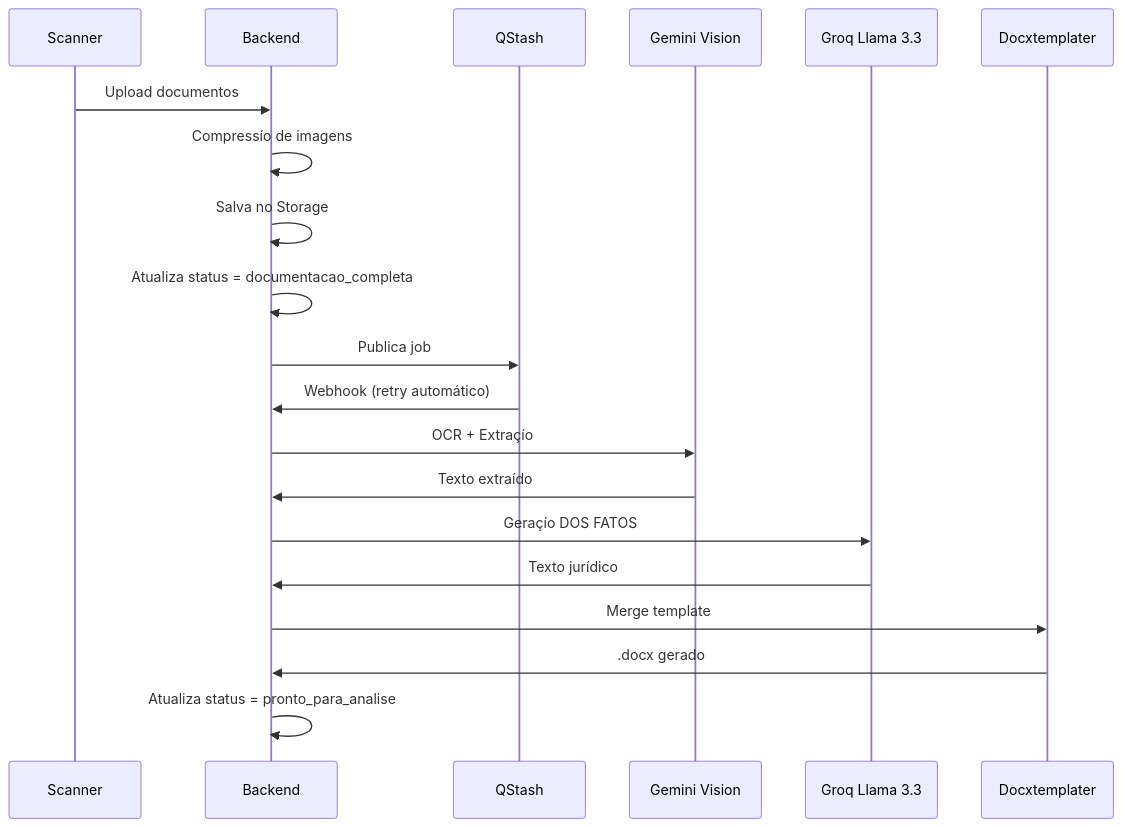
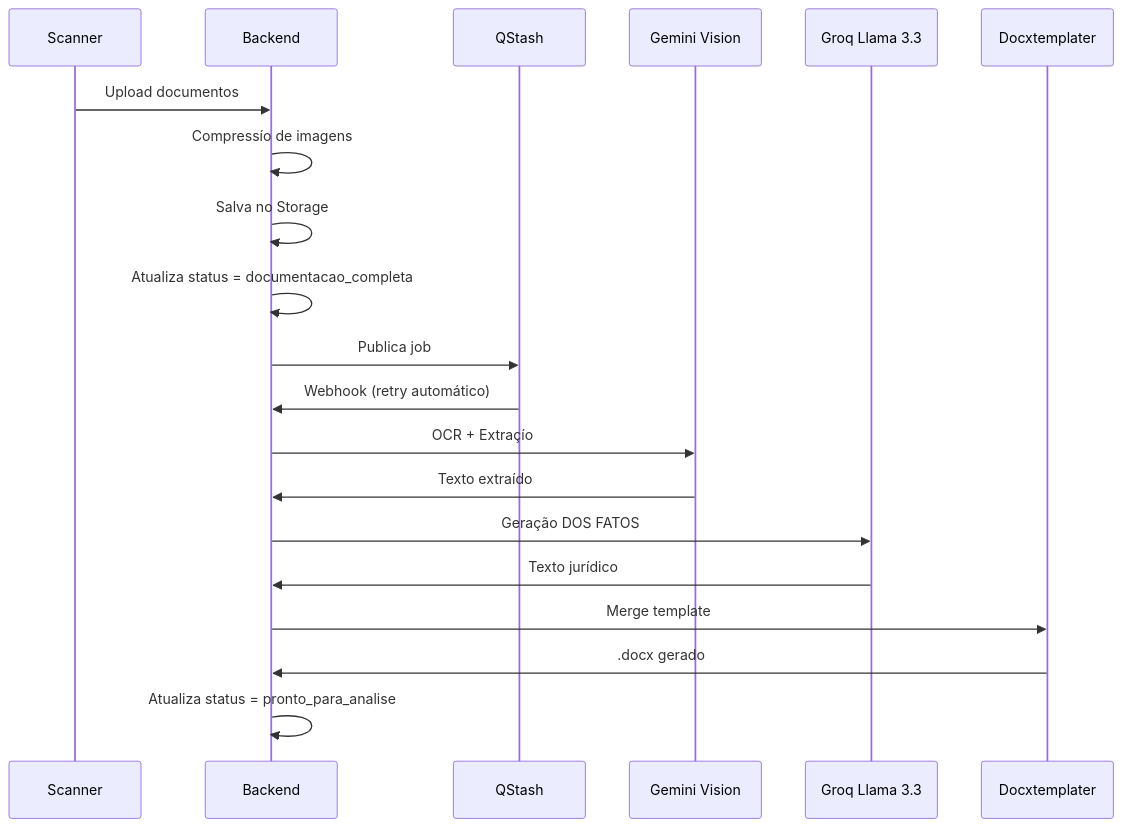
One commit to CJVW-Code/maes_acao changed the third of 4 diagrams in claude.md. Above: the diagram before and after it, drawn with Mermaid. The commit also changed other lines of this file and 49 other files, not shown here.

````diff
--- a/claude.md
+++ b/claude.md
@@ -294,23 +294,23 @@
 ```mermaid
 sequenceDiagram
     participant S as Scanner
     participant B as Backend
     participant Q as QStash
     participant G as Gemini Vision
     participant Groq as Groq Llama 3.3
     participant D as Docxtemplater
 
     S->>B: Upload documentos
     B->>B: Compressío de imagens
     B->>B: Salva no Storage
     B->>B: Atualiza status = documentacao_completa
     B->>Q: Publica job
     Q->>B: Webhook (retry automático)
     B->>G: OCR + Extraçío
     G->>B: Texto extraído
-    B->>Groq: Geraçío DOS FATOS
+    B->>Groq: Geração DOS FATOS
     Groq->>B: Texto jurídico
     B->>D: Merge template
     D->>B: .docx gerado
     B->>B: Atualiza status = pronto_para_analise
 ```
````
